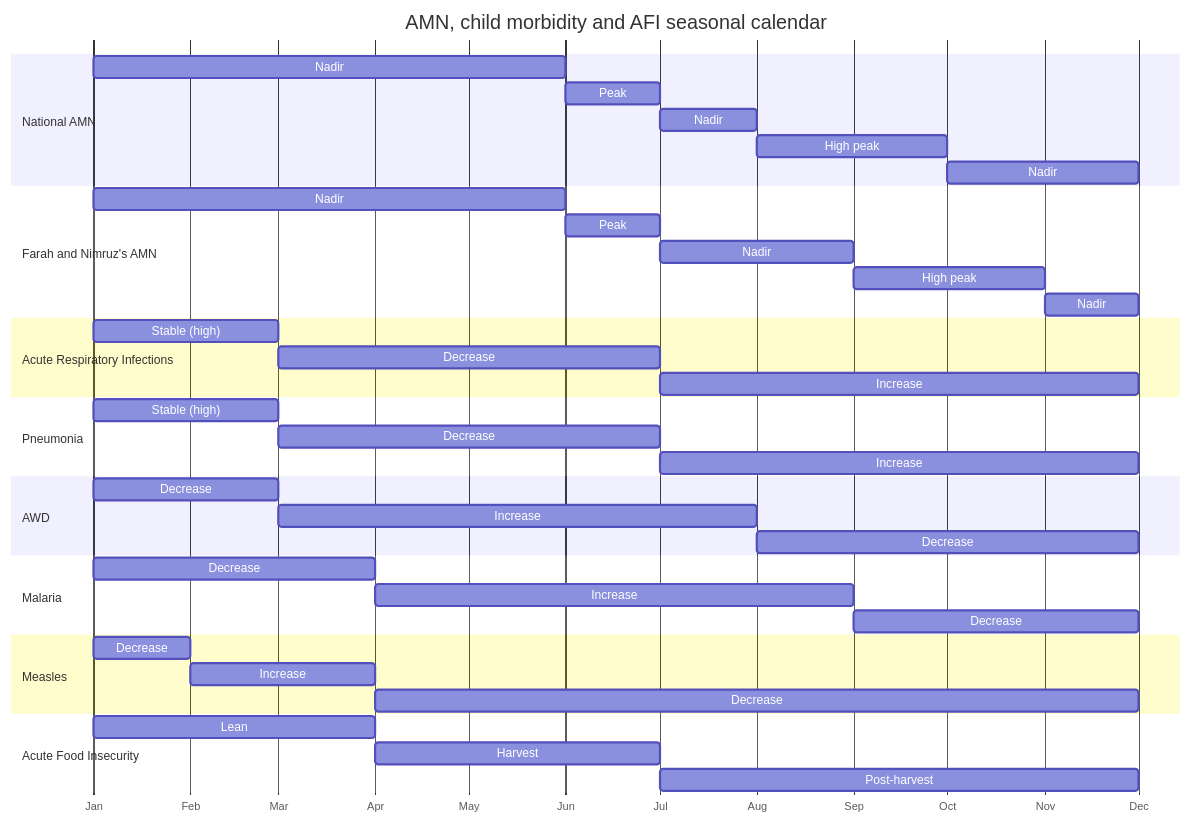
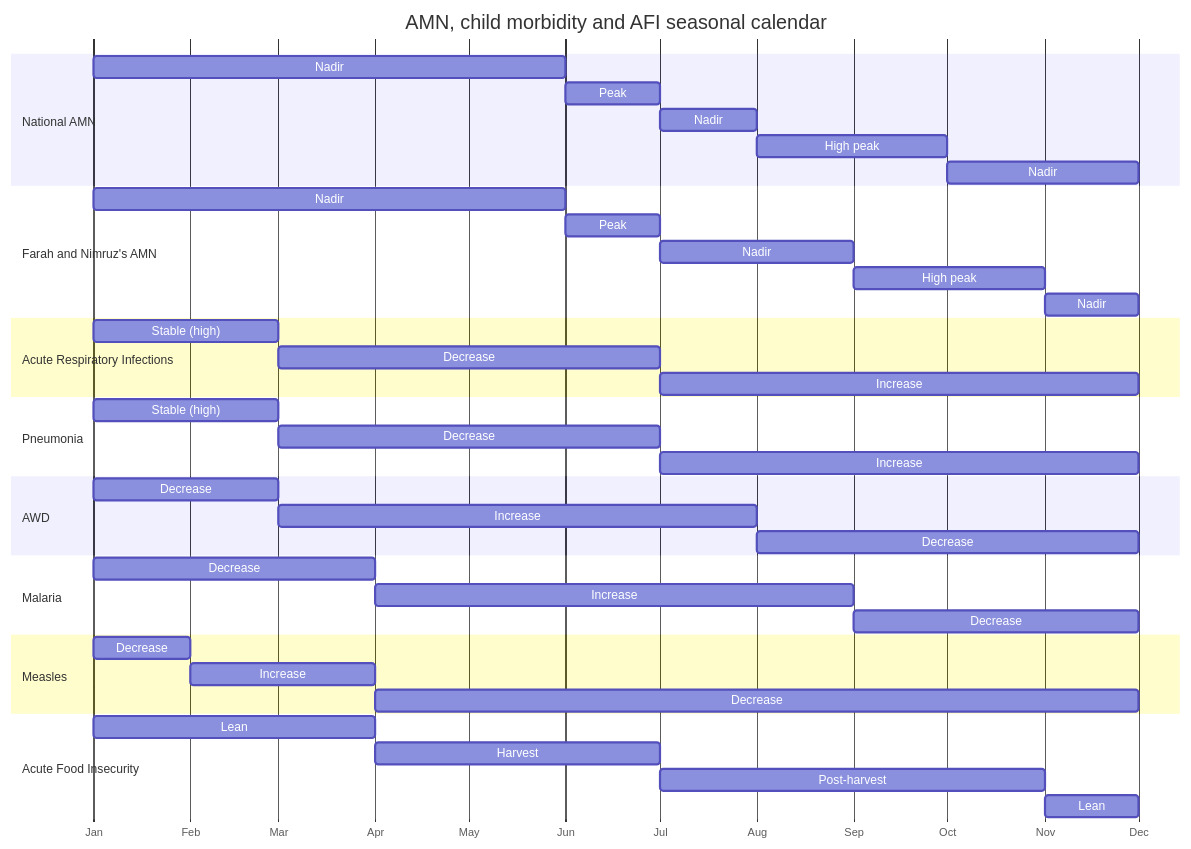
The third of 3 diagrams in slides-revealjs.qmd (nutimes/afg-amn-admit), drawn with Mermaid before and after one commit. The commit also changed 2 other files, not shown here.

Commit message:
adjust the beginning of food security lean season to start in November

````diff
--- a/slides-revealjs.qmd
+++ b/slides-revealjs.qmd
@@ -280,57 +280,58 @@
 ```{mermaid}
 %%| label: amn-factors-seasonal-calendar
 %%| fig-cap-location: bottom
 %%| fig-height: 7
 %%| fig-width: 14
 
 gantt
     title  AMN, child morbidity and AFI seasonal calendar
     dateFormat M
     axisFormat %b
     todayMarker off
 
     section National AMN
     Nadir :1, 6
     Peak : 6, 7
     Nadir: 7, 8
     High peak :8, 10
     Nadir :10, 12
 
     section Farah and Nimruz's AMN
     Nadir :1, 6
     Peak : 6, 7
     Nadir: 7, 9
     High peak :9, 11
     Nadir :11, 12
 
     section Acute Respiratory Infections
     Stable (high) :1, 3
     Decrease : 3, 7
     Increase: 7, 12
 
     section Pneumonia
     Stable (high) :1, 3
     Decrease : 3, 7
     Increase: 7, 12
 
     section AWD
     Decrease : 1, 3
     Increase : 3, 8
     Decrease : 8, 12
 
     section Malaria
     Decrease : 1, 4
     Increase : 4, 9
     Decrease : 9, 12
 
     section Measles
     Decrease : 1, 2
     Increase : 2, 4
     Decrease : 4, 12
 
     section Acute Food Insecurity
     Lean : 1, 4
     Harvest : 4, 7
-    Post-harvest : 7, 12
+    Post-harvest : 7, 11
+    Lean: 11, 12
 
 ```
````
